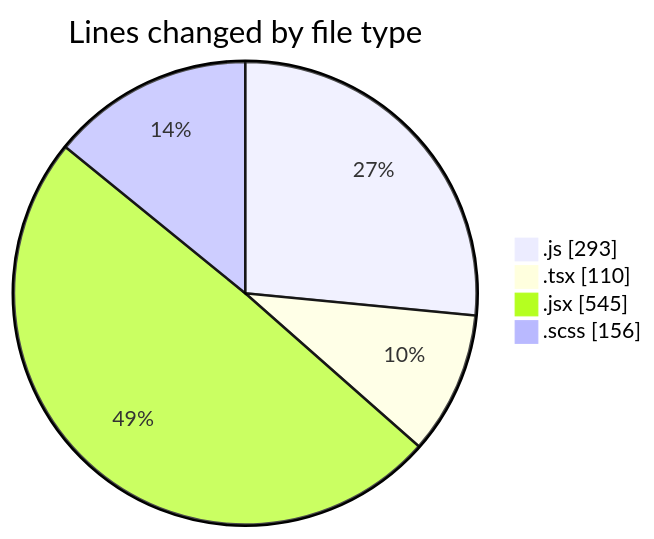
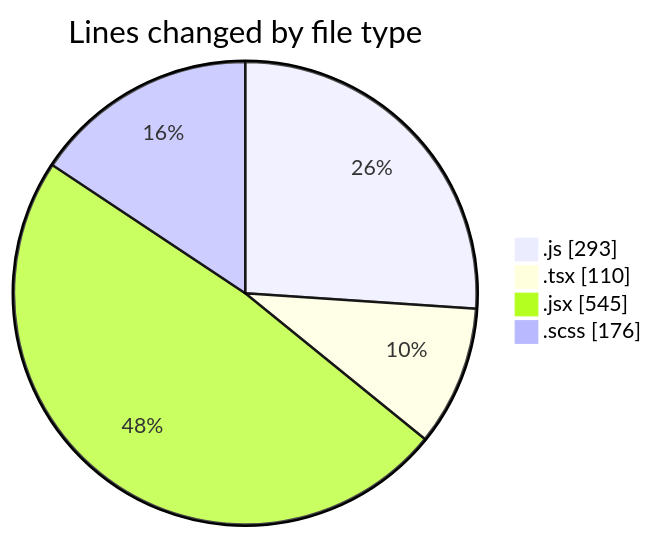
The first of 2 diagrams in 2026-03-12/cda/README.md (momahboobian/code-tracking), drawn with Mermaid before and after one commit. The commit also changed other lines of this file and 1 other file, not shown here.

````diff
--- a/2026-03-12/cda/README.md
+++ b/2026-03-12/cda/README.md
@@ -32,8 +32,8 @@
 ```mermaid
 pie showData
 title Lines changed by file type
 ".js" : 293
 ".tsx" : 110
 ".jsx" : 545
-".scss" : 156
+".scss" : 176
 ```
````
